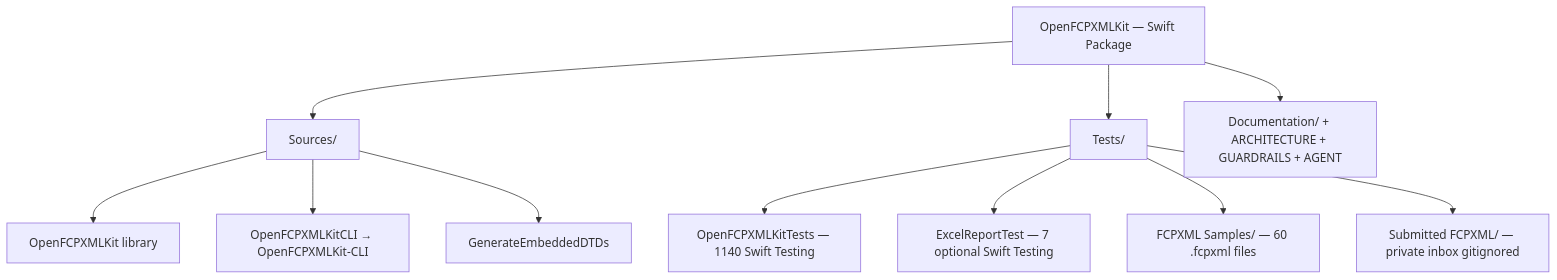
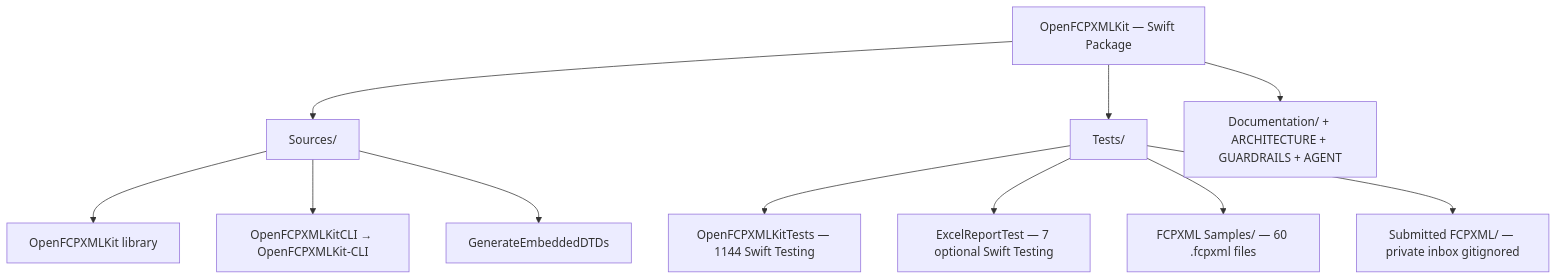
Before and after one commit to TheAcharya/OpenFCPXMLKit: the first of 6 diagrams in ARCHITECTURE.md, drawn with Mermaid. The commit also changed other lines of this file and 22 other files, not shown here.

````diff
--- a/ARCHITECTURE.md
+++ b/ARCHITECTURE.md
@@ -213,17 +213,17 @@
 ```mermaid
 flowchart TB
     Pkg["OpenFCPXMLKit — Swift Package"]
 
     Pkg --> SRC["Sources/"]
     Pkg --> TST["Tests/"]
     Pkg --> DOC["Documentation/ + ARCHITECTURE + GUARDRAILS + AGENT"]
 
     SRC --> LIB["OpenFCPXMLKit library"]
     SRC --> CLI["OpenFCPXMLKitCLI → OpenFCPXMLKit-CLI"]
     SRC --> GEN["GenerateEmbeddedDTDs"]
 
-    TST --> OKT["OpenFCPXMLKitTests — 1140 Swift Testing"]
+    TST --> OKT["OpenFCPXMLKitTests — 1144 Swift Testing"]
     TST --> ERT["ExcelReportTest — 7 optional Swift Testing"]
     TST --> SMP["FCPXML Samples/ — 60 .fcpxml files"]
     TST --> SUB["Submitted FCPXML/ — private inbox gitignored"]
 ```
````
